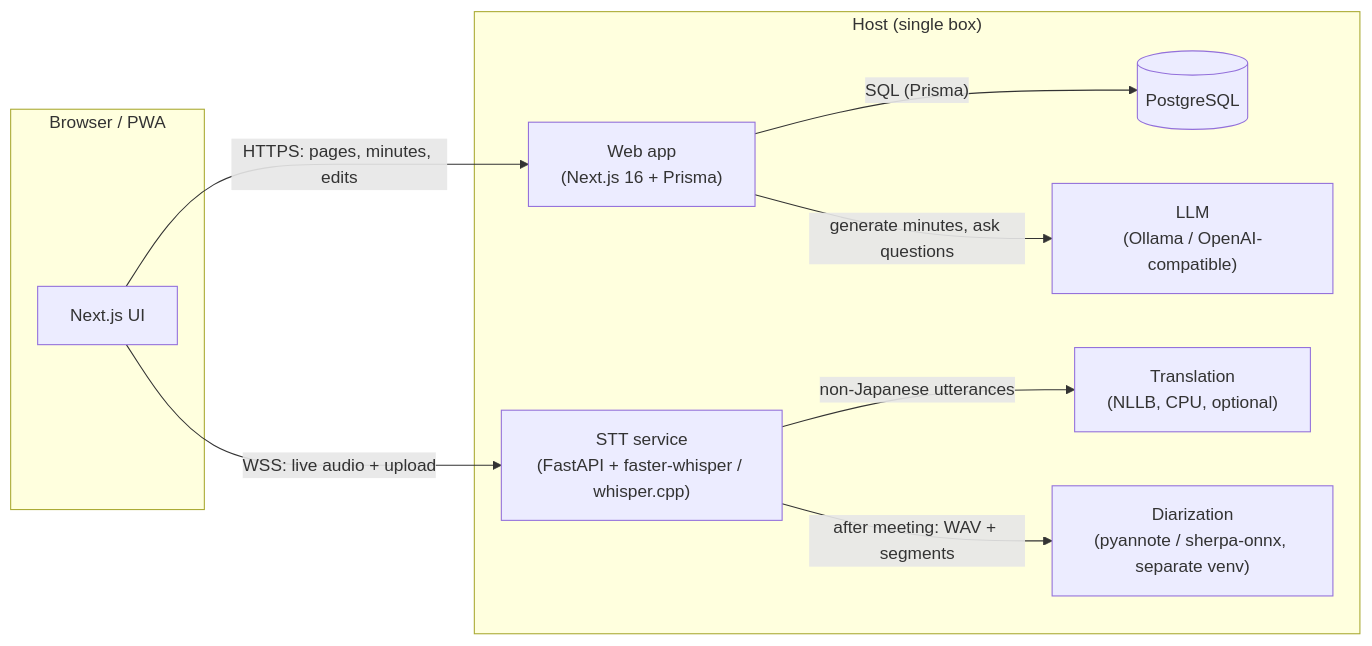
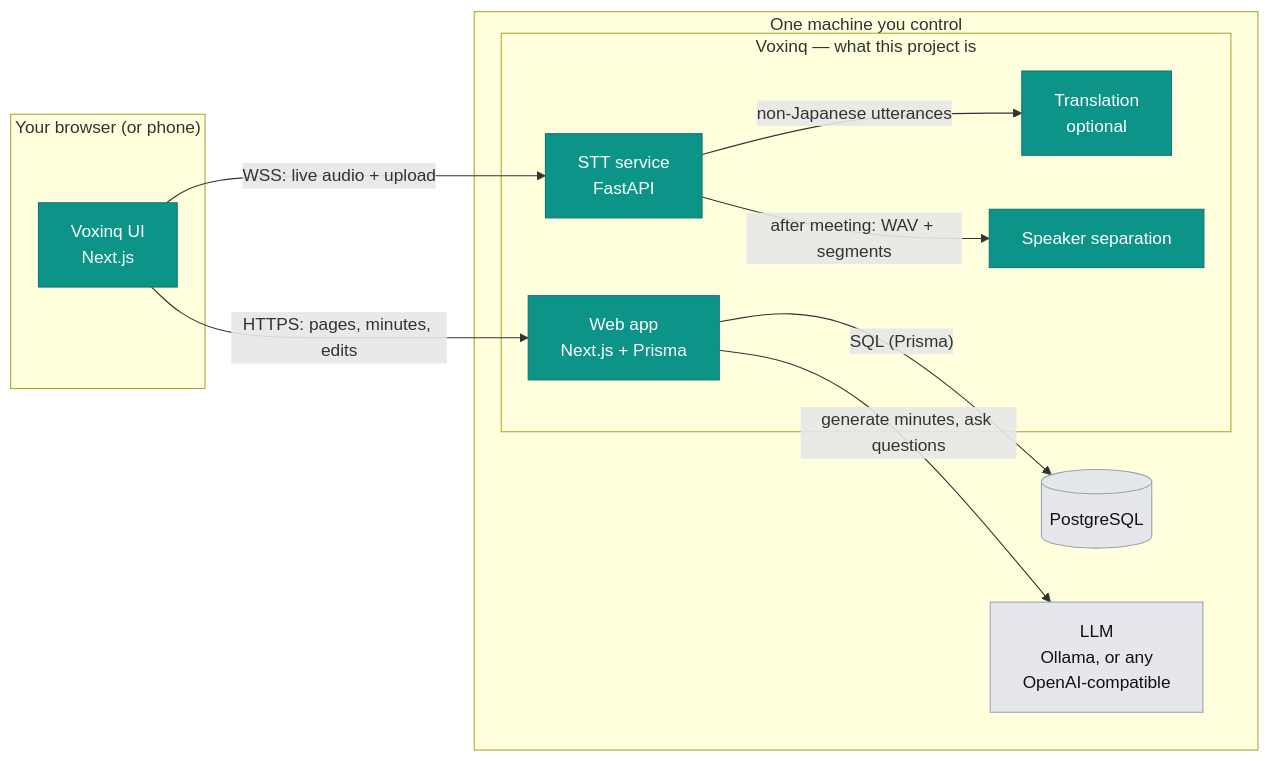
One commit to ikasast/voxinq-meeting changed the diagram in docs/architecture.md. Above: the diagram before and after it, drawn with Mermaid. The commit also changed other lines of this file and 1 other file, not shown here.

````diff
--- a/docs/architecture.md
+++ b/docs/architecture.md
@@ -3,21 +3,28 @@
 ```mermaid
 flowchart LR
-  subgraph Browser["Browser / PWA"]
-    UI["Next.js UI"]
+  subgraph Browser["Your browser (or phone)"]
+    UI["Voxinq UI<br/>Next.js"]
   end
-  subgraph Host["Host (single box)"]
-    Web["Web app<br/>(Next.js 16 + Prisma)"]
+  subgraph Host["One machine you control"]
+    subgraph Vox["Voxinq — what this project is"]
+      Web["Web app<br/>Next.js + Prisma"]
+      STT["STT service<br/>FastAPI"]
+      TR["Translation<br/>optional"]
+      DIA["Speaker separation"]
+    end
     DB[("PostgreSQL")]
-    STT["STT service<br/>(FastAPI + faster-whisper / whisper.cpp)"]
-    TR["Translation<br/>(NLLB, CPU, optional)"]
-    DIA["Diarization<br/>(pyannote / sherpa-onnx, separate venv)"]
-    LLM["LLM<br/>(Ollama / OpenAI-compatible)"]
+    LLM["LLM<br/>Ollama, or any<br/>OpenAI-compatible"]
   end
 
   UI -- "HTTPS: pages, minutes, edits" --> Web
   UI -- "WSS: live audio + upload" --> STT
   Web -- "SQL (Prisma)" --> DB
   Web -- "generate minutes, ask questions" --> LLM
   STT -- "non-Japanese utterances" --> TR
   STT -- "after meeting: WAV + segments" --> DIA
+
+  classDef own fill:#0d9488,stroke:#0f766e,color:#fff
+  classDef ext fill:#e5e7eb,stroke:#9ca3af,color:#111
+  class UI,Web,STT,TR,DIA own
+  class DB,LLM ext
 ```
````
